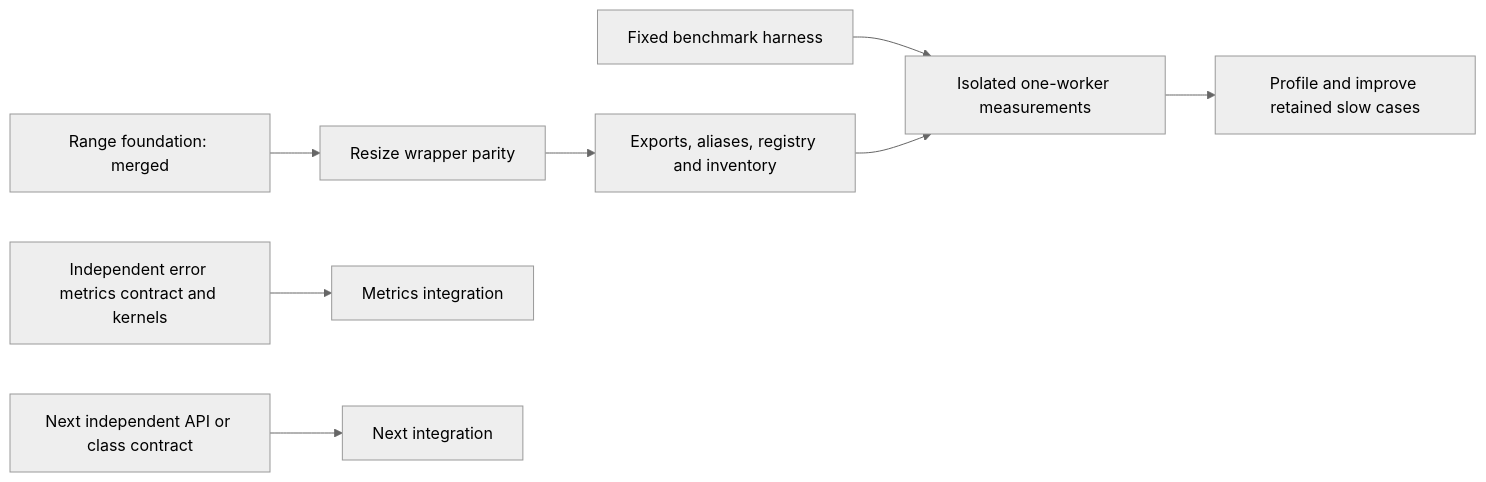
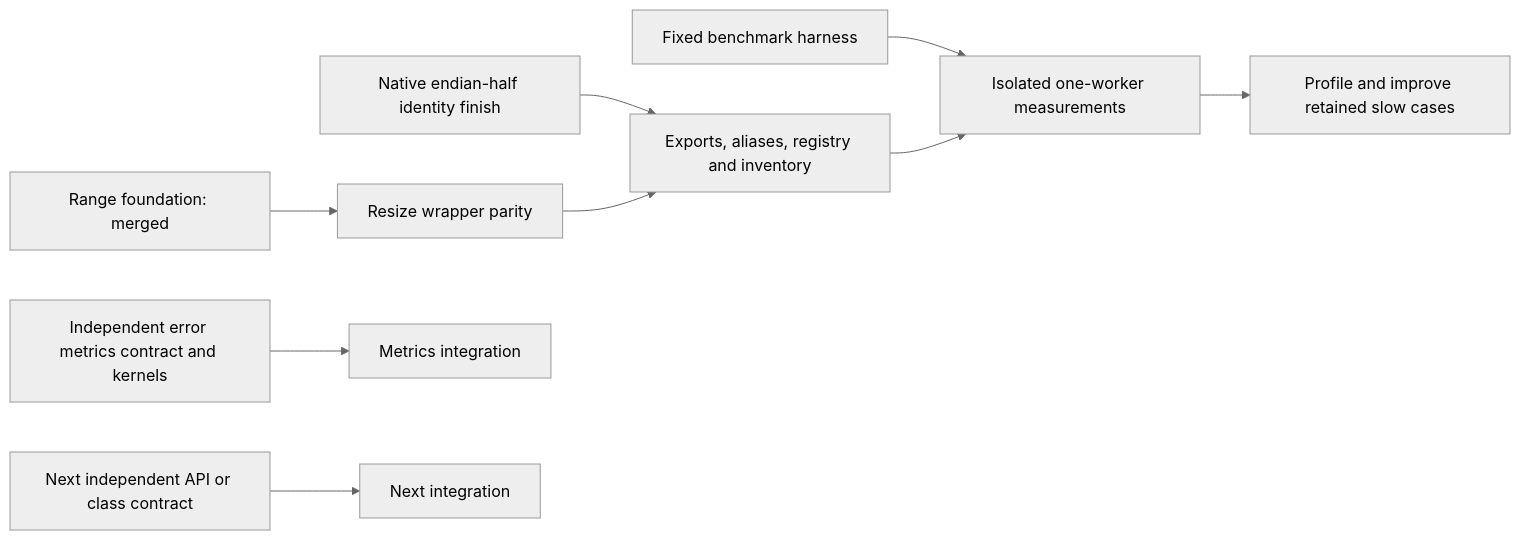
The diagram in coverage/EXECUTION_PLAN.md (bipxx/scikit-imagexx), drawn with Mermaid (neutral theme) before and after one commit. The commit also changed other lines of this file and 1 other file, not shown here.

Commit message:
Keep endian half identity as an explicit integration gate

````diff
--- a/coverage/EXECUTION_PLAN.md
+++ b/coverage/EXECUTION_PLAN.md
@@ -45,10 +45,11 @@
 ```mermaid
 flowchart LR
     R[Range foundation: merged] --> A[Resize wrapper parity]
+    F[Native endian-half identity finish] --> I
     A --> I[Exports, aliases, registry and inventory]
     H[Fixed benchmark harness] --> B[Isolated one-worker measurements]
     I --> B
     B --> T[Profile and improve retained slow cases]
     M[Independent error metrics contract and kernels] --> MI[Metrics integration]
     C[Next independent API or class contract] --> CI[Next integration]
 ```
````
